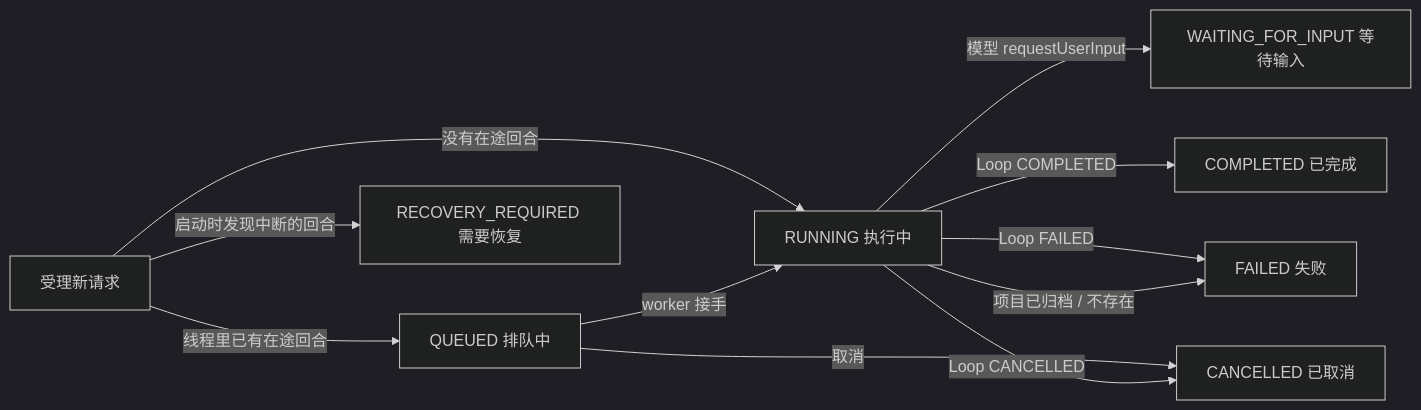
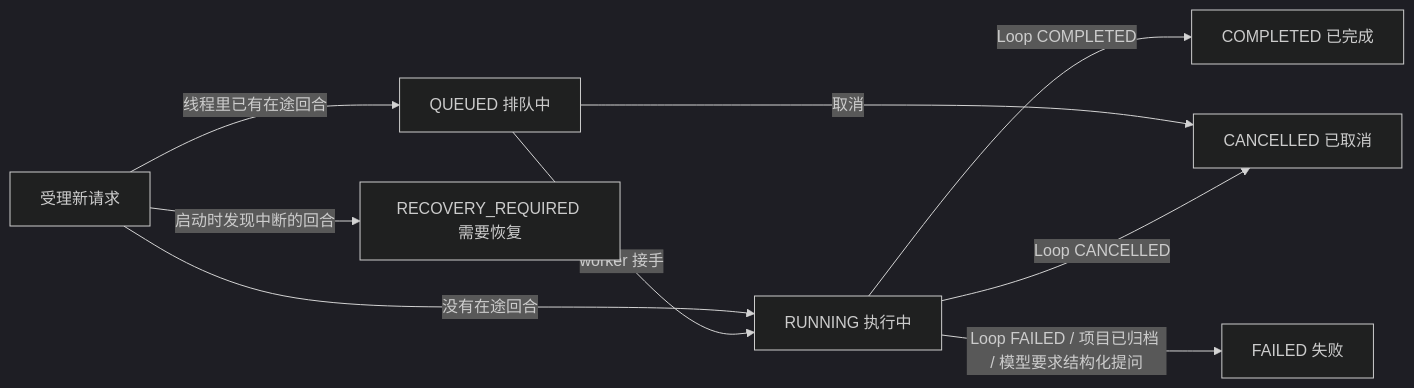
The eighth of 10 diagrams in docs/消息类型及事件状态机流程图.md (DigitalMarsh/pipeline-factory), drawn with Mermaid (dark theme) before and after one commit. The commit also changed other lines of this file and 22 other files, not shown here.

````diff
--- a/docs/消息类型及事件状态机流程图.md
+++ b/docs/消息类型及事件状态机流程图.md
@@ -427,13 +424,11 @@
 ```mermaid
 flowchart LR
   A["受理新请求"] -->|"线程里已有在途回合"| Q["QUEUED 排队中"]
   A -->|"没有在途回合"| R["RUNNING 执行中"]
   Q -->|"worker 接手"| R
   Q -->|"取消"| X["CANCELLED 已取消"]
-  R -->|"模型 requestUserInput"| W["WAITING_FOR_INPUT 等待输入"]
   R -->|"Loop COMPLETED"| C["COMPLETED 已完成"]
-  R -->|"Loop FAILED"| F["FAILED 失败"]
   R -->|"Loop CANCELLED"| X
-  R -->|"项目已归档 / 不存在"| F
+  R -->|"Loop FAILED / 项目已归档 / 模型要求结构化提问"| F["FAILED 失败"]
   A -->|"启动时发现中断的回合"| RC["RECOVERY_REQUIRED 需要恢复"]
 ```
````
